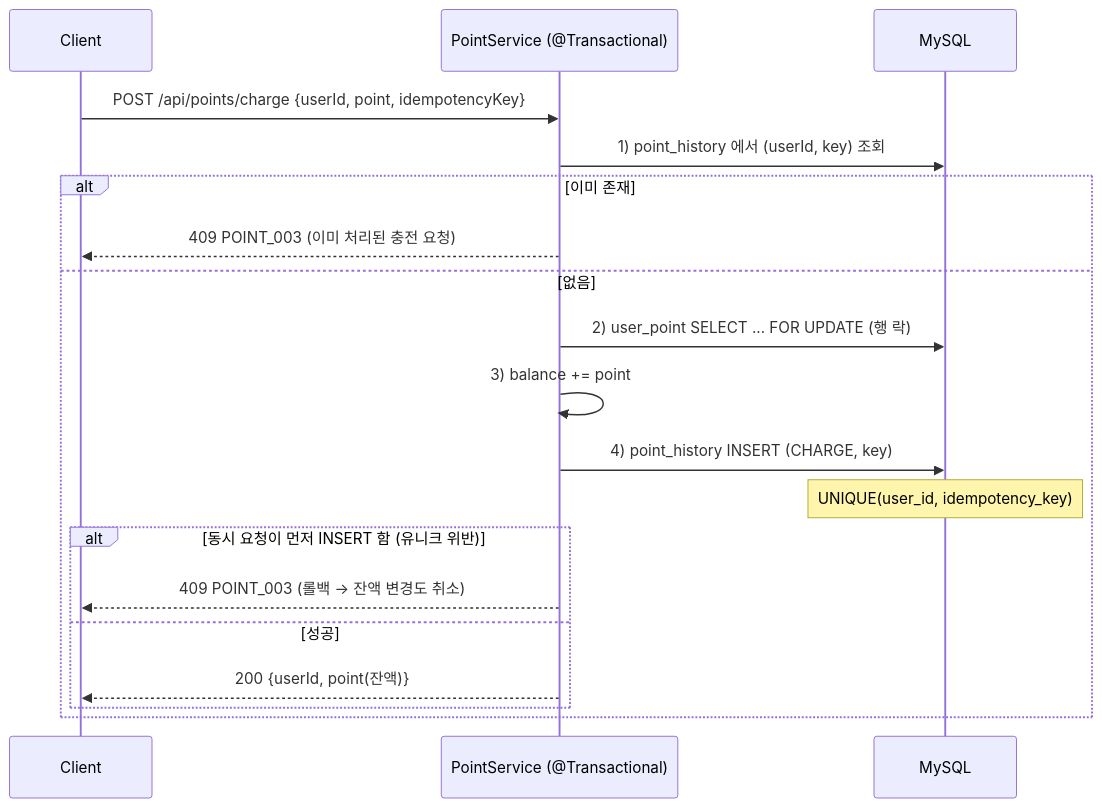
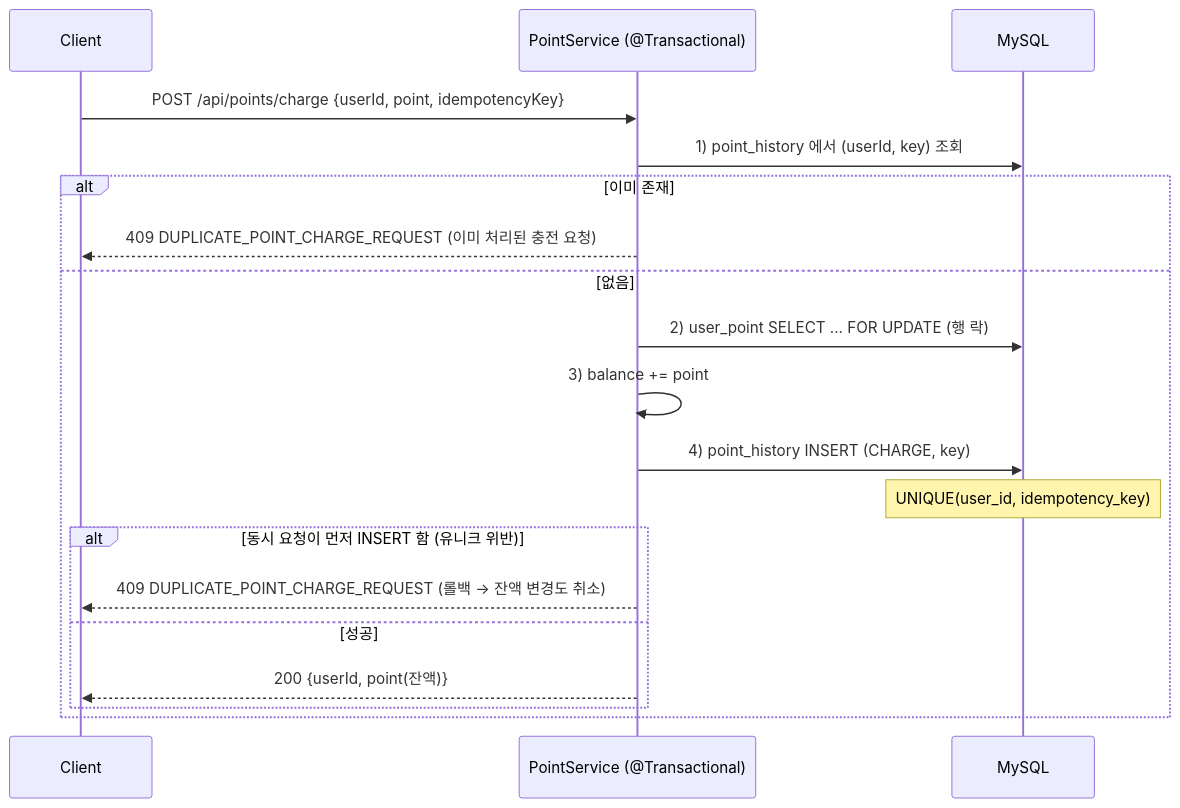
Before and after one commit to prjkmo112/cafe-api: the diagram in docs/TECHNICAL_DECISIONS.md, drawn with Mermaid. The commit also changed other lines of this file and 3 other files, not shown here.

````diff
--- a/docs/TECHNICAL_DECISIONS.md
+++ b/docs/TECHNICAL_DECISIONS.md
@@ -48,22 +48,22 @@
 ```mermaid
 sequenceDiagram
     participant C as Client
     participant S as PointService (@Transactional)
     participant DB as MySQL
 
     C->>S: POST /api/points/charge {userId, point, idempotencyKey}
     S->>DB: 1) point_history 에서 (userId, key) 조회
     alt 이미 존재
-        S-->>C: 409 POINT_003 (이미 처리된 충전 요청)
+        S-->>C: 409 DUPLICATE_POINT_CHARGE_REQUEST (이미 처리된 충전 요청)
     else 없음
         S->>DB: 2) user_point SELECT ... FOR UPDATE (행 락)
         S->>S: 3) balance += point
         S->>DB: 4) point_history INSERT (CHARGE, key)
         Note over DB: UNIQUE(user_id, idempotency_key)
         alt 동시 요청이 먼저 INSERT 함 (유니크 위반)
-            S-->>C: 409 POINT_003 (롤백 → 잔액 변경도 취소)
+            S-->>C: 409 DUPLICATE_POINT_CHARGE_REQUEST (롤백 → 잔액 변경도 취소)
         else 성공
             S-->>C: 200 {userId, point(잔액)}
         end
     end
 ```
````
